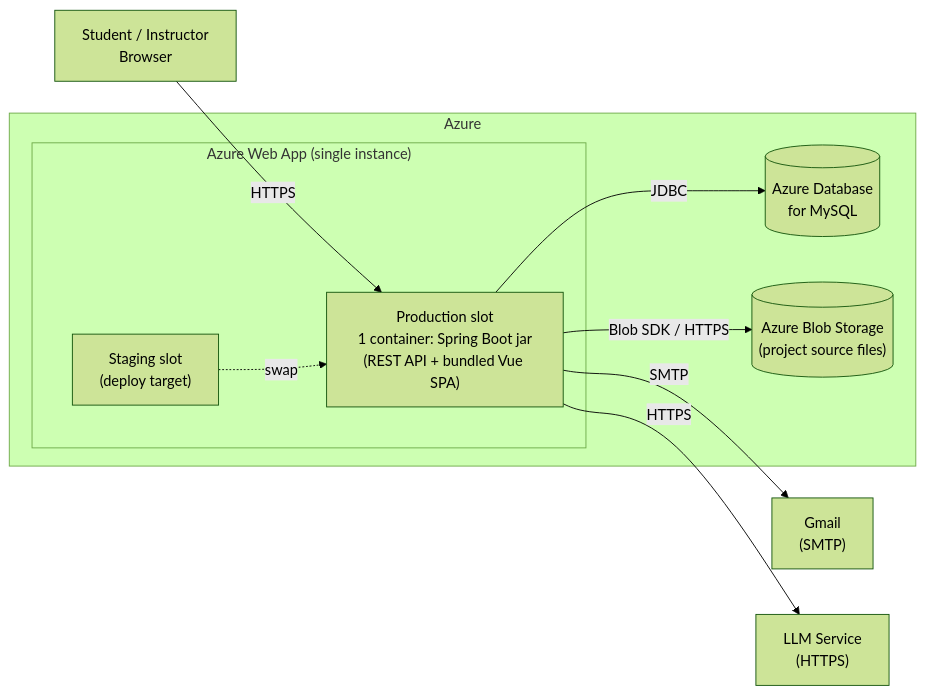
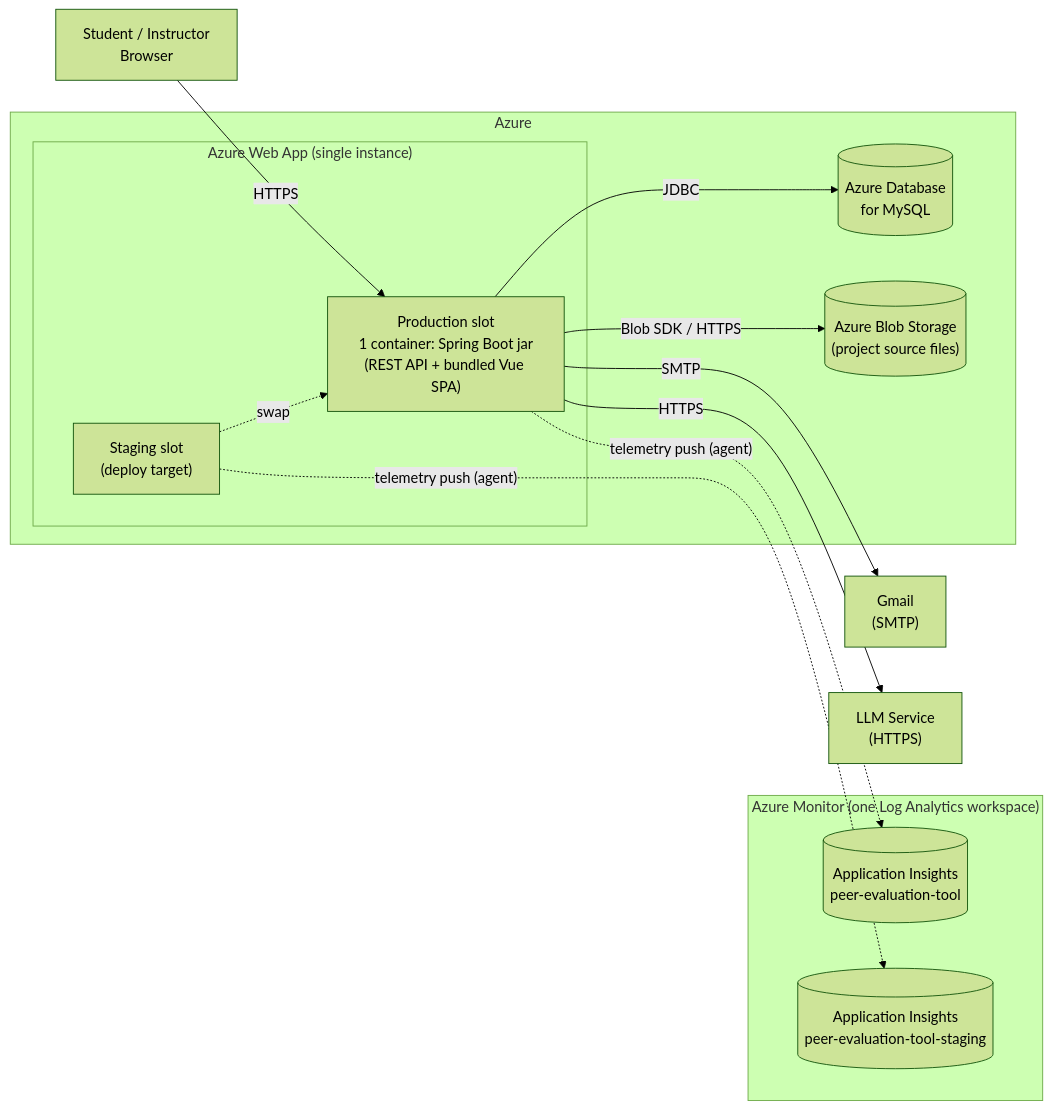
One commit to Washingtonwei/project-pulse changed the seventh of 7 diagrams in docs/design/architectural-design.md. Above: the diagram before and after it, drawn with Mermaid (forest theme). The commit also changed other lines of this file, not shown here.

Commit message:
Record the push-telemetry decision now production reports to Application Insights

````diff
--- a/docs/design/architectural-design.md
+++ b/docs/design/architectural-design.md
@@ -325,21 +325,27 @@
 ```mermaid
 flowchart LR
     browser["Student / Instructor<br/>Browser"]
     subgraph azure["Azure"]
         subgraph webapp["Azure Web App (single instance)"]
             slot["Production slot<br/>1 container: Spring Boot jar<br/>(REST API + bundled Vue SPA)"]
             staging["Staging slot<br/>(deploy target)"]
         end
         db[("Azure Database<br/>for MySQL")]
         blob[("Azure Blob Storage<br/>(project source files)")]
     end
     gmail["Gmail<br/>(SMTP)"]
     llm["LLM Service<br/>(HTTPS)"]
+    subgraph monitor["Azure Monitor (one Log Analytics workspace)"]
+        aiprod[("Application Insights<br/>peer-evaluation-tool")]
+        aistaging[("Application Insights<br/>peer-evaluation-tool-staging")]
+    end
 
     browser -->|HTTPS| slot
     slot -->|JDBC| db
     slot -->|Blob SDK / HTTPS| blob
     slot -->|SMTP| gmail
     slot -->|HTTPS| llm
     staging -. swap .-> slot
+    slot -. "telemetry push (agent)" .-> aiprod
+    staging -. "telemetry push (agent)" .-> aistaging
 ```
````
